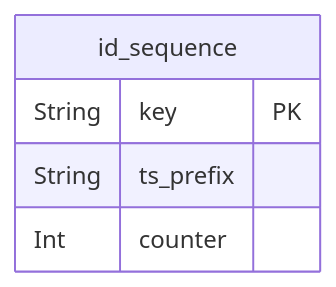
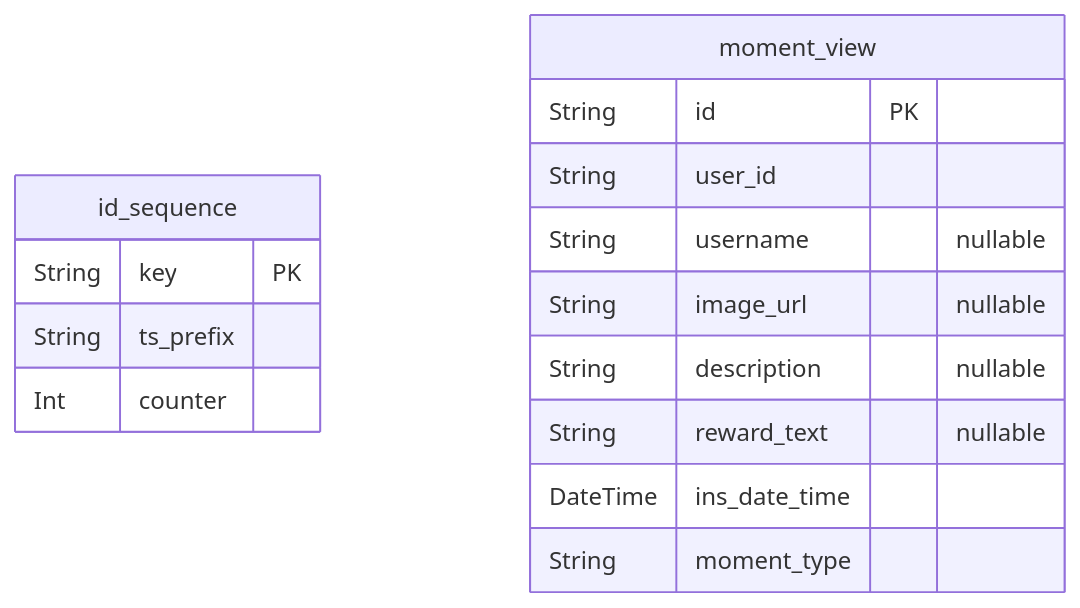
Before and after one commit to sx-tane/tourii-backend: the fourth of 4 diagrams in prisma/docs/tourii-db-docs.md, drawn with Mermaid. The commit also changed other lines of this file and 9 other files, not shown here.

````diff
--- a/prisma/docs/tourii-db-docs.md
+++ b/prisma/docs/tourii-db-docs.md
@@ -1341,8 +1341,18 @@
 ```mermaid
 erDiagram
 "id_sequence" {
   String key PK
   String ts_prefix
   Int counter
 }
+"moment_view" {
+  String id PK
+  String user_id
+  String username "nullable"
+  String image_url "nullable"
+  String description "nullable"
+  String reward_text "nullable"
+  DateTime ins_date_time
+  String moment_type
+}
 ```
````
